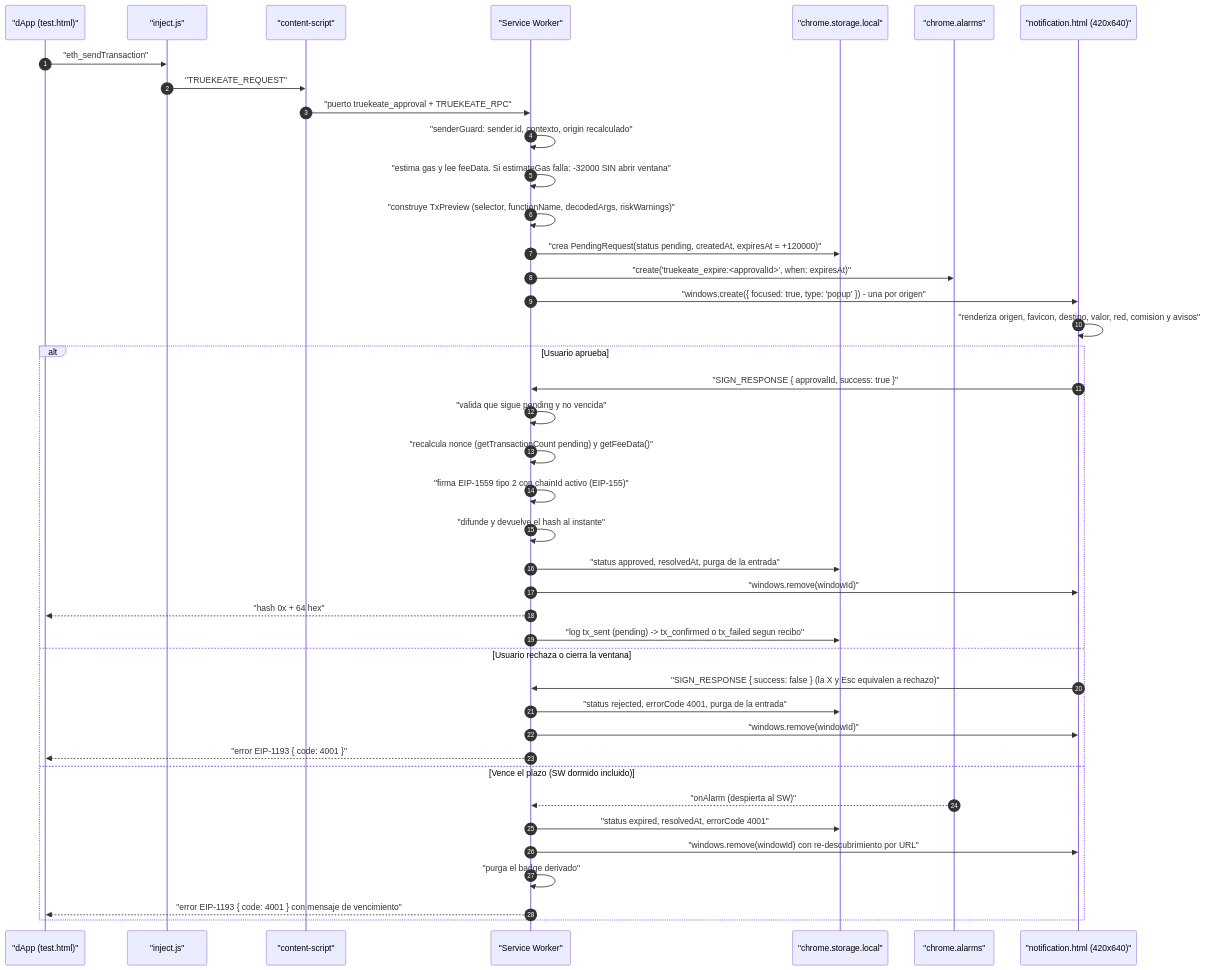
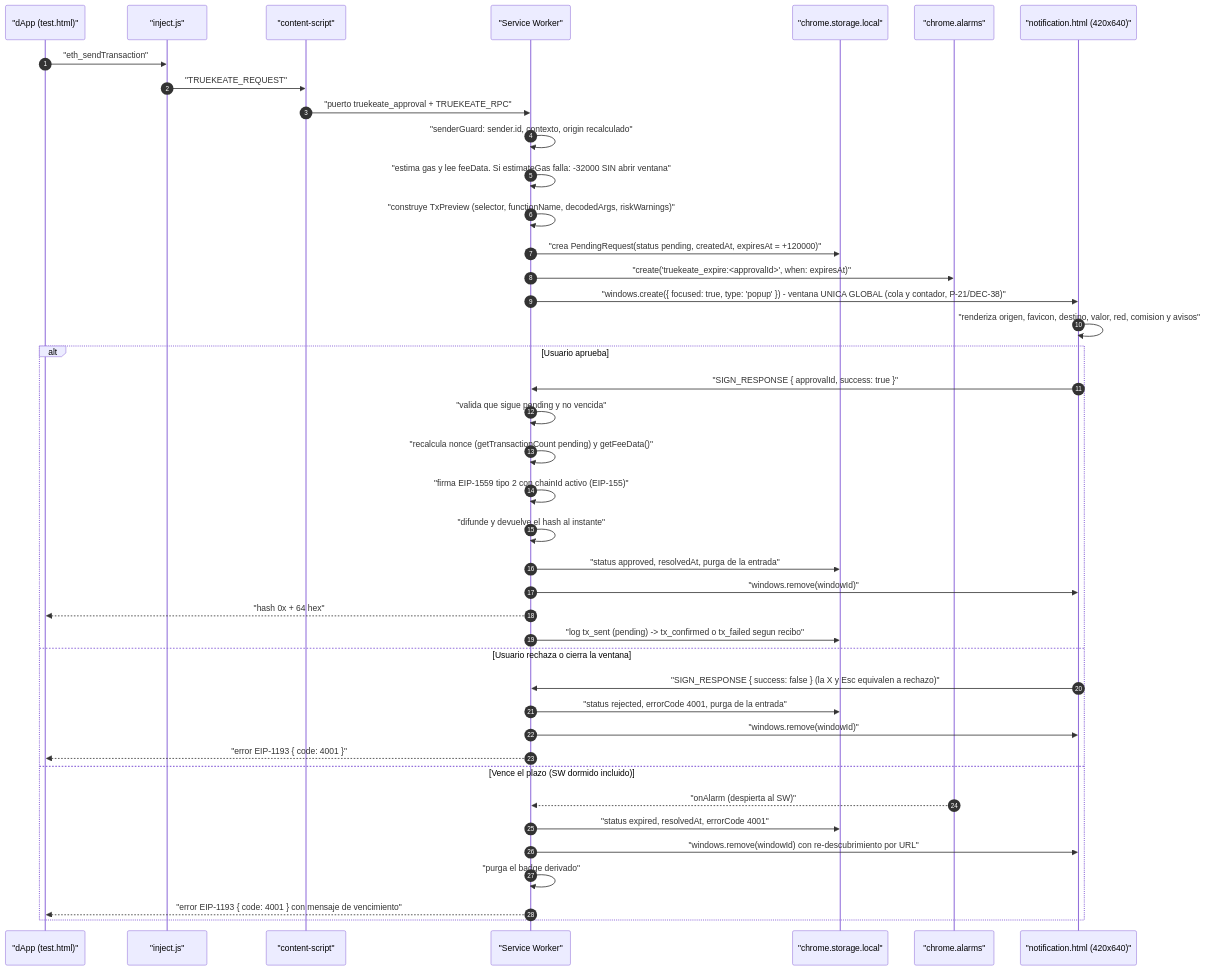
The fifth of 14 diagrams in RepoTecnico/documento_tecnico.md (anlucorporations/chrome-wallet), drawn with Mermaid before and after one commit. The commit also changed other lines of this file and 8 other files, not shown here.

````diff
--- a/RepoTecnico/documento_tecnico.md
+++ b/RepoTecnico/documento_tecnico.md
@@ -627,44 +628,44 @@
 ```mermaid
 sequenceDiagram
     autonumber
     participant DA as "dApp (test.html)"
     participant IN as "inject.js"
     participant CS as "content-script"
     participant SW as "Service Worker"
     participant ST as "chrome.storage.local"
     participant AL as "chrome.alarms"
     participant NO as "notification.html (420x640)"
 
     DA->>IN: "eth_sendTransaction"
     IN->>CS: "TRUEKEATE_REQUEST"
     CS->>SW: "puerto truekeate_approval + TRUEKEATE_RPC"
     SW->>SW: "senderGuard: sender.id, contexto, origin recalculado"
     SW->>SW: "estima gas y lee feeData. Si estimateGas falla: -32000 SIN abrir ventana"
     SW->>SW: "construye TxPreview (selector, functionName, decodedArgs, riskWarnings)"
     SW->>ST: "crea PendingRequest(status pending, createdAt, expiresAt = +120000)"
     SW->>AL: "create('truekeate_expire:<approvalId>', when: expiresAt)"
-    SW->>NO: "windows.create({ focused: true, type: 'popup' }) - una por origen"
+    SW->>NO: "windows.create({ focused: true, type: 'popup' }) - ventana UNICA GLOBAL (cola y contador, P-21/DEC-38)"
     NO->>NO: "renderiza origen, favicon, destino, valor, red, comision y avisos"
     alt Usuario aprueba
         NO->>SW: "SIGN_RESPONSE { approvalId, success: true }"
         SW->>SW: "valida que sigue pending y no vencida"
         SW->>SW: "recalcula nonce (getTransactionCount pending) y getFeeData()"
         SW->>SW: "firma EIP-1559 tipo 2 con chainId activo (EIP-155)"
         SW->>SW: "difunde y devuelve el hash al instante"
         SW->>ST: "status approved, resolvedAt, purga de la entrada"
         SW->>NO: "windows.remove(windowId)"
         SW-->>DA: "hash 0x + 64 hex"
         SW->>ST: "log tx_sent (pending) -> tx_confirmed o tx_failed segun recibo"
     else Usuario rechaza o cierra la ventana
         NO->>SW: "SIGN_RESPONSE { success: false } (la X y Esc equivalen a rechazo)"
         SW->>ST: "status rejected, errorCode 4001, purga de la entrada"
         SW->>NO: "windows.remove(windowId)"
         SW-->>DA: "error EIP-1193 { code: 4001 }"
     else Vence el plazo (SW dormido incluido)
         AL-->>SW: "onAlarm (despierta al SW)"
         SW->>ST: "status expired, resolvedAt, errorCode 4001"
         SW->>NO: "windows.remove(windowId) con re-descubrimiento por URL"
         SW->>SW: "purga el badge derivado"
         SW-->>DA: "error EIP-1193 { code: 4001 } con mensaje de vencimiento"
     end
 ```
````
